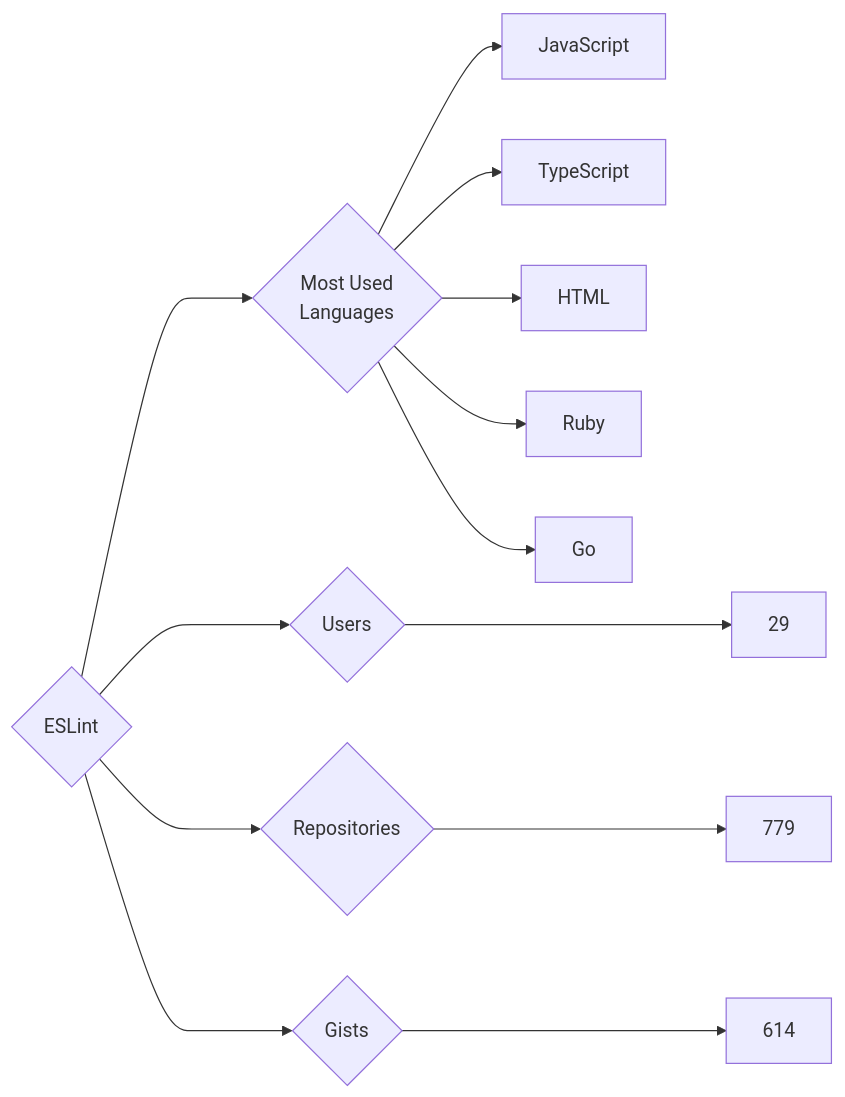
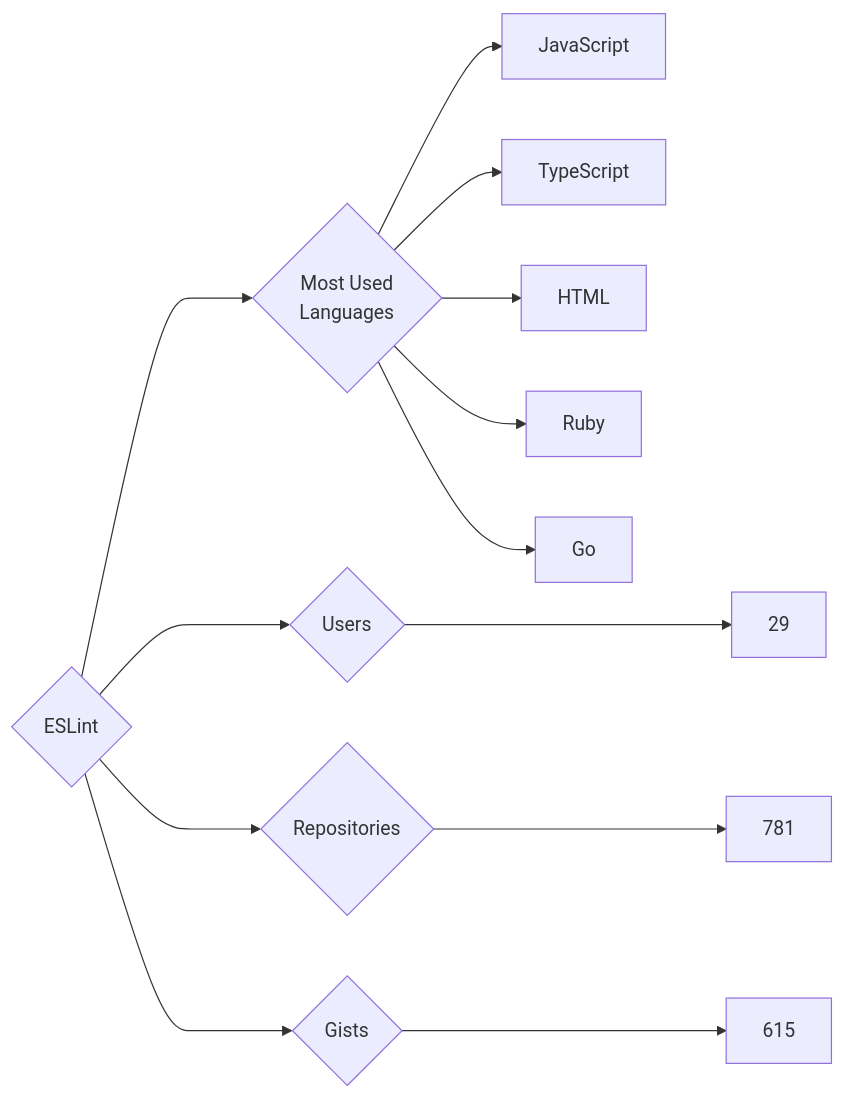
Before and after one commit to trickest/insiders: the diagram in targets/ESLint/README.md, drawn with Mermaid. The commit also changed 951 other files, not shown here.

````diff
--- a/targets/ESLint/README.md
+++ b/targets/ESLint/README.md
@@ -3,13 +3,13 @@
 ```mermaid
 graph LR
 COMPANY_NAME{ESLint}
 COMPANY_NAME ---> U{Users} ---> UN[29]
-COMPANY_NAME ---> R{Repositories} ---> RN[779]
-COMPANY_NAME ---> G{Gists} ---> GN[614]
+COMPANY_NAME ---> R{Repositories} ---> RN[781]
+COMPANY_NAME ---> G{Gists} ---> GN[615]
 COMPANY_NAME ---> ML{Most Used<br>Languages}
-ML --> JavaScript
-ML --> TypeScript
-ML --> HTML
-ML --> Ruby
-ML --> Go
+ML --> JavaScript[JavaScript]
+ML --> TypeScript[TypeScript]
+ML --> HTML[HTML]
+ML --> Ruby[Ruby]
+ML --> Go[Go]
 ```
````
